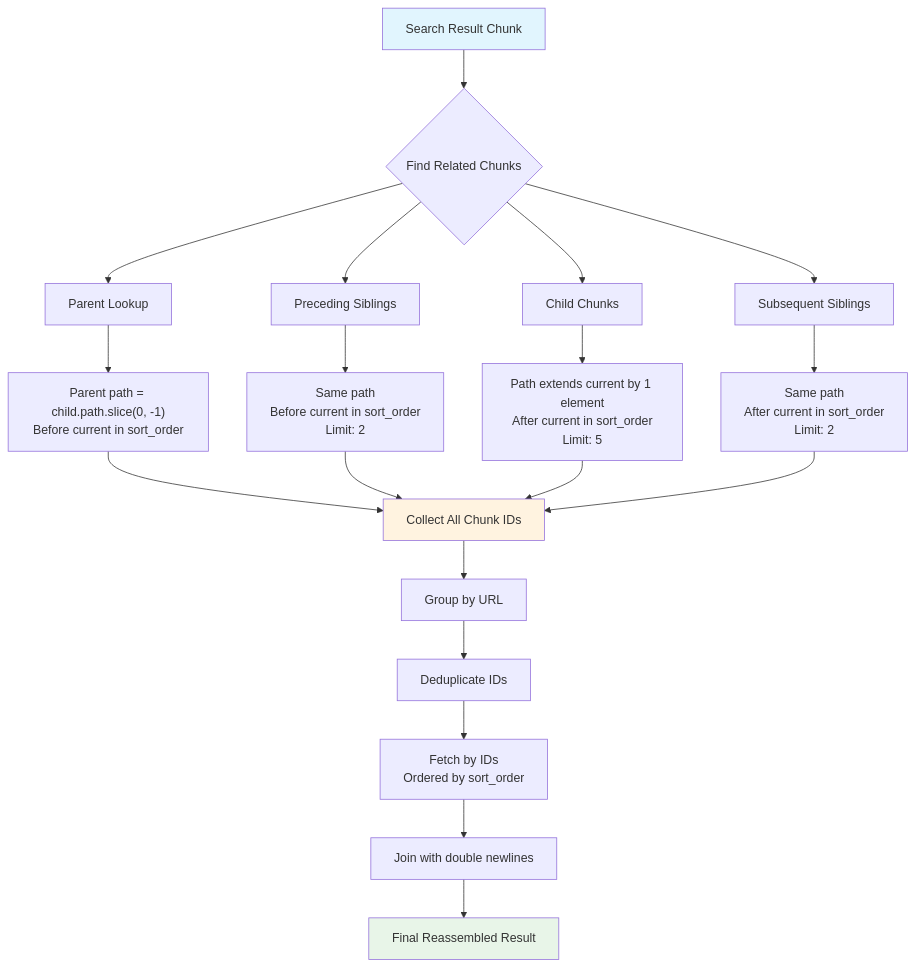
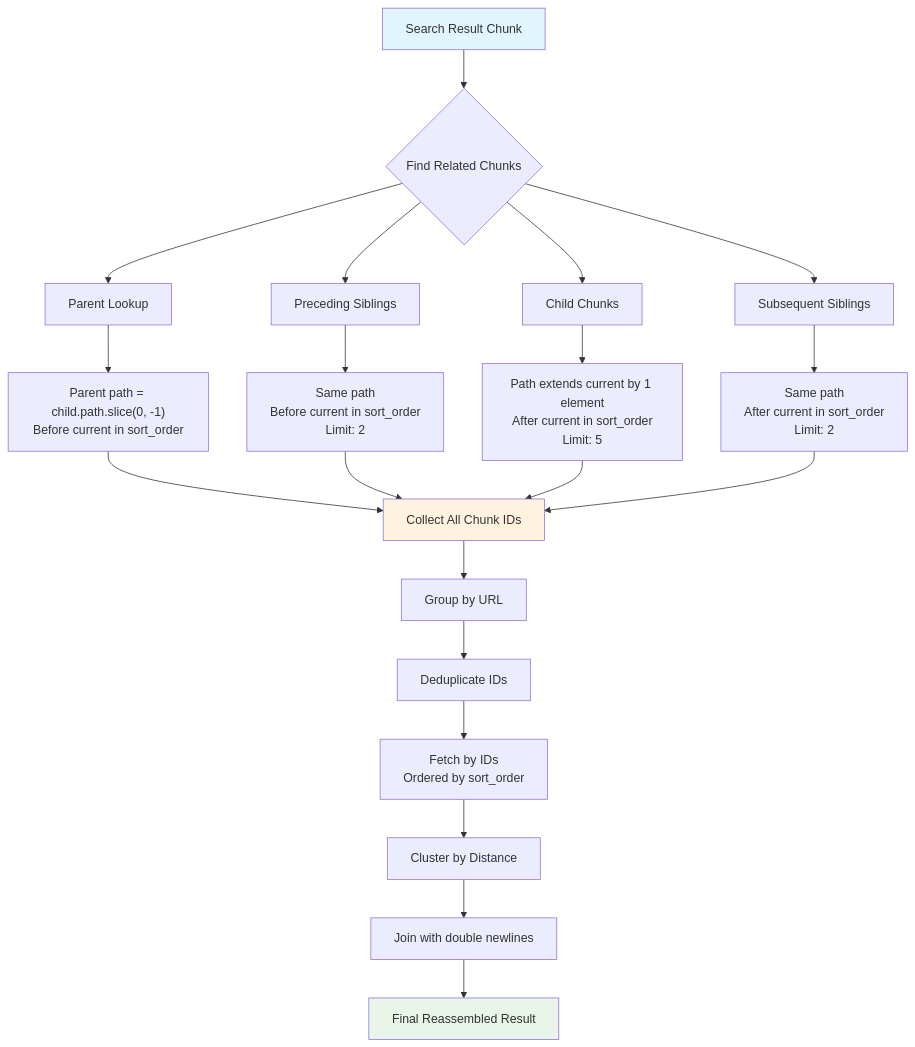
Before and after one commit to arabold/docs-mcp-server: the diagram in docs/concepts/search-result-reassembly.md, drawn with Mermaid. The commit also changed other lines of this file and 1 other file, not shown here.

Commit message:
docs: update documentation for smart chunking

````diff
--- a/docs/concepts/search-result-reassembly.md
+++ b/docs/concepts/search-result-reassembly.md
@@ -42,29 +42,30 @@
 ```mermaid
 graph TD
     A[Search Result Chunk] --> B{Find Related Chunks}
 
     B --> C[Parent Lookup]
     B --> D[Preceding Siblings]
     B --> E[Child Chunks]
     B --> F[Subsequent Siblings]
 
     C --> G["Parent path = child.path.slice(0, -1)<br/>Before current in sort_order"]
     D --> H["Same path<br/>Before current in sort_order<br/>Limit: 2"]
     E --> I["Path extends current by 1 element<br/>After current in sort_order<br/>Limit: 5"]
     F --> J["Same path<br/>After current in sort_order<br/>Limit: 2"]
 
     G --> K[Collect All Chunk IDs]
     H --> K
     I --> K
     J --> K
 
     K --> L[Group by URL]
     L --> M[Deduplicate IDs]
     M --> N[Fetch by IDs<br/>Ordered by sort_order]
-    N --> O[Join with double newlines]
+    N --> CL[Cluster by Distance]
+    CL --> O[Join with double newlines]
     O --> P[Final Reassembled Result]
 
     style A fill:#e1f5fe
     style P fill:#e8f5e8
     style K fill:#fff3e0
 ```
````
